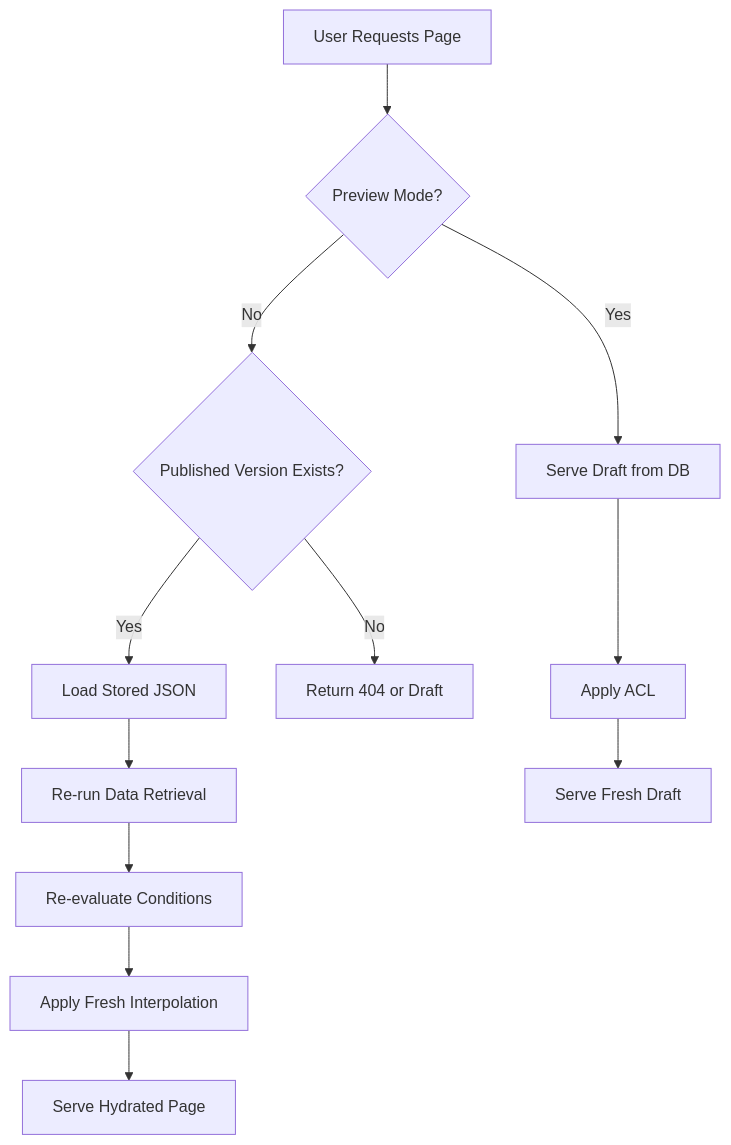
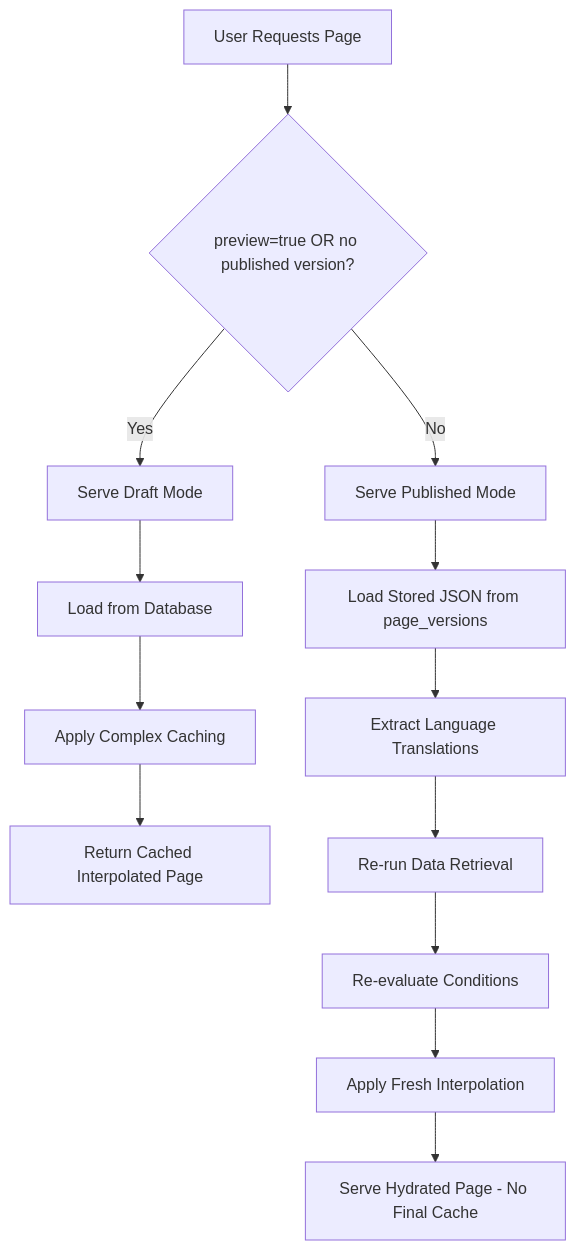
One commit to humdek-unibe-ch/sh-selfhelp_backend changed the first of 2 diagrams in docs/developer/18-page-versioning-publishing.md. Above: the diagram before and after it, drawn with Mermaid. The commit also changed other lines of this file and 3 other files, not shown here.

````diff
--- a/docs/developer/18-page-versioning-publishing.md
+++ b/docs/developer/18-page-versioning-publishing.md
@@ -23,14 +25,17 @@
 ```mermaid
 graph TD
-    A[User Requests Page] --> B{Preview Mode?}
-    B -->|Yes| C[Serve Draft from DB]
-    B -->|No| D{Published Version Exists?}
-    D -->|Yes| E[Load Stored JSON]
-    D -->|No| F[Return 404 or Draft]
-    E --> G[Re-run Data Retrieval]
-    G --> H[Re-evaluate Conditions]
-    H --> I[Apply Fresh Interpolation]
-    I --> J[Serve Hydrated Page]
-    C --> K[Apply ACL]
-    K --> L[Serve Fresh Draft]
+    A[User Requests Page] --> B{preview=true OR no published version?}
+    B -->|Yes| C[Serve Draft Mode]
+    B -->|No| D[Serve Published Mode]
+
+    C --> E[Load from Database]
+    E --> F[Apply Complex Caching]
+    F --> G[Return Cached Interpolated Page]
+
+    D --> H[Load Stored JSON from page_versions]
+    H --> I[Extract Language Translations]
+    I --> J[Re-run Data Retrieval]
+    J --> K[Re-evaluate Conditions]
+    K --> L[Apply Fresh Interpolation]
+    L --> M[Serve Hydrated Page - No Final Cache]
 ```
````
